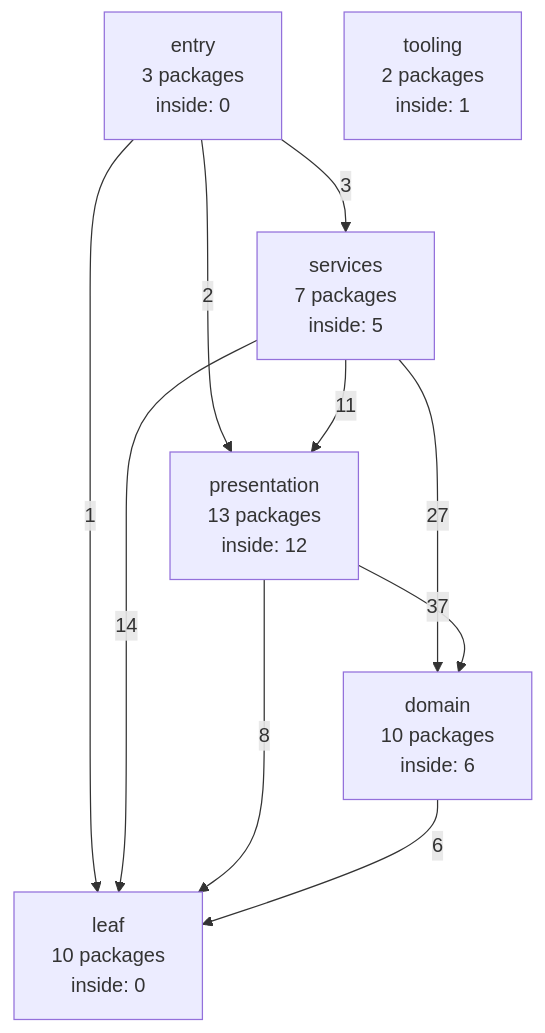
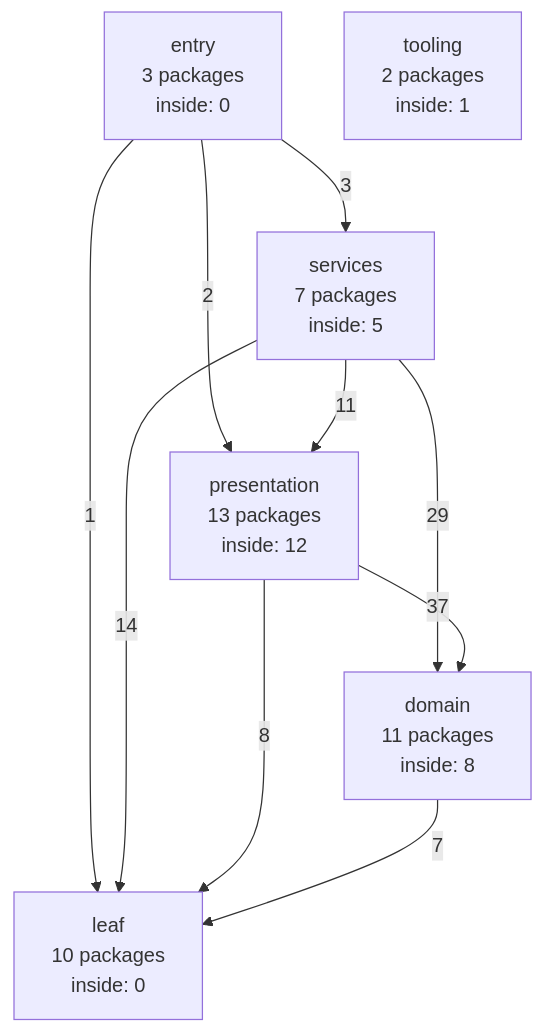
One commit to ladydascalie/dm changed the diagram in docs/internals/generated/package-graph.md. Above: the diagram before and after it, drawn with Mermaid. The commit also changed other lines of this file and 5 other files, not shown here.

````diff
--- a/docs/internals/generated/package-graph.md
+++ b/docs/internals/generated/package-graph.md
@@ -58,18 +58,18 @@
 ```mermaid
 flowchart TD
   entry["entry<br/>3 packages<br/>inside: 0"]
   services["services<br/>7 packages<br/>inside: 5"]
   presentation["presentation<br/>13 packages<br/>inside: 12"]
-  domain["domain<br/>10 packages<br/>inside: 6"]
+  domain["domain<br/>11 packages<br/>inside: 8"]
   leaf["leaf<br/>10 packages<br/>inside: 0"]
   tooling["tooling<br/>2 packages<br/>inside: 1"]
   entry -->|3| services
   entry -->|2| presentation
   entry -->|1| leaf
   services -->|11| presentation
-  services -->|27| domain
+  services -->|29| domain
   services -->|14| leaf
   presentation -->|37| domain
   presentation -->|8| leaf
-  domain -->|6| leaf
+  domain -->|7| leaf
 ```
````
